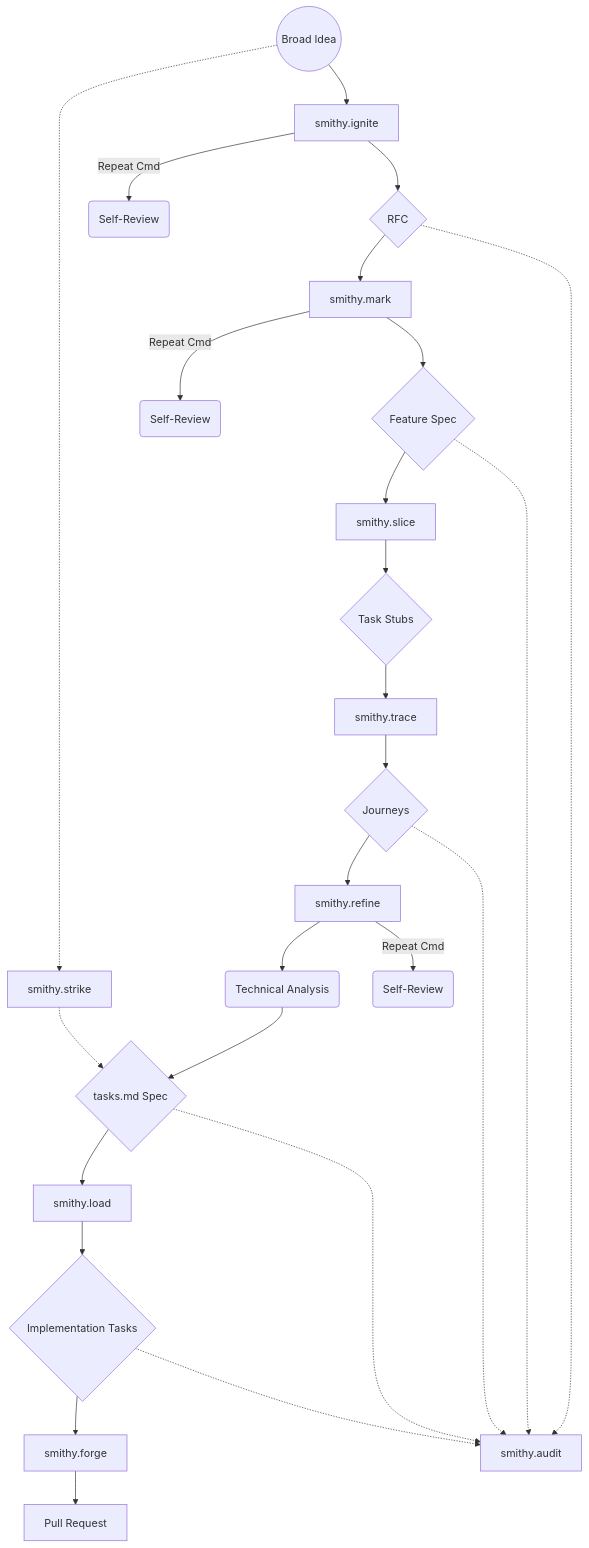
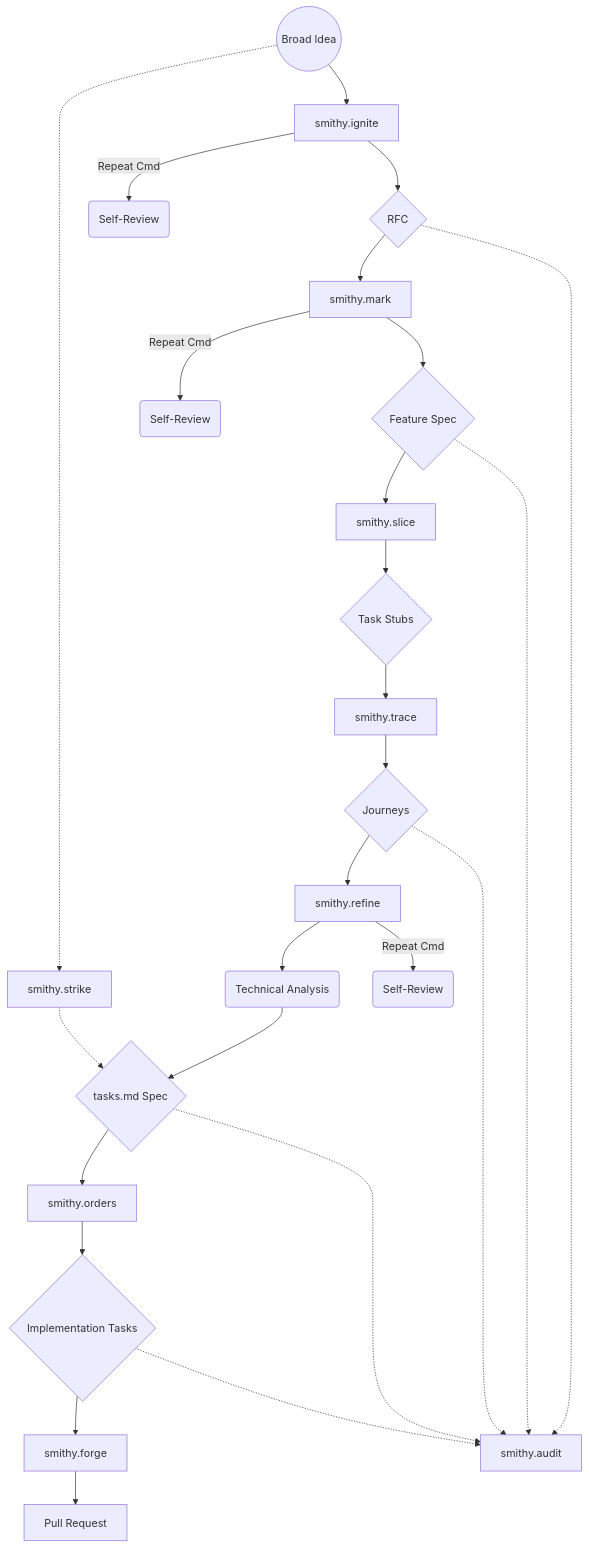
One commit to Balexda/SmithyCLI changed the diagram in README.md. Above: the diagram before and after it, drawn with Mermaid. The commit also changed other lines of this file and 6 other files, not shown here.

First line of the commit message:
Remove legacy smithy.load template and update all references to smithy.orders

````diff
--- a/README.md
+++ b/README.md
@@ -47,45 +47,45 @@
 ```mermaid
 graph TD
     %% Ideation
     Idea((Broad Idea)) --> Ignite[smithy.ignite]
     Ignite --> RFC{RFC}
     
     %% Planning
     RFC --> Mark[smithy.mark]
     Mark --> Plan{Feature Spec}
     
     %% Breakdown
     Plan --> Slice[smithy.slice]
     Slice --> Stubs{Task Stubs}
     
     %% Experience
     Stubs --> Trace[smithy.trace]
     Trace --> Journeys{Journeys}
     
     %% Technical Spec
     Journeys --> Refine[smithy.refine]
     Refine --> Analyze(Technical Analysis)
     Analyze --> Spec{tasks.md Spec}
     
     %% Queue & Forge
-    Spec --> Load[smithy.load]
-    Load --> Tasks{Implementation Tasks}
+    Spec --> Orders[smithy.orders]
+    Orders --> Tasks{Implementation Tasks}
     Tasks --> Forge[smithy.forge]
     Forge --> PR[Pull Request]
     
     %% Fast Track
     Idea -.-> Strike[smithy.strike]
     Strike -.-> Spec
     
     %% Review Loops
     Ignite -- "Repeat Cmd" --> IgniteReview(Self-Review)
     Mark -- "Repeat Cmd" --> MarkReview(Self-Review)
     Refine -- "Repeat Cmd" --> RefineReview(Self-Review)
     
     %% Universal Auditor
     RFC -.-> Audit[smithy.audit]
     Plan -.-> Audit
     Journeys -.-> Audit
     Spec -.-> Audit
     Tasks -.-> Audit
 ```
````
